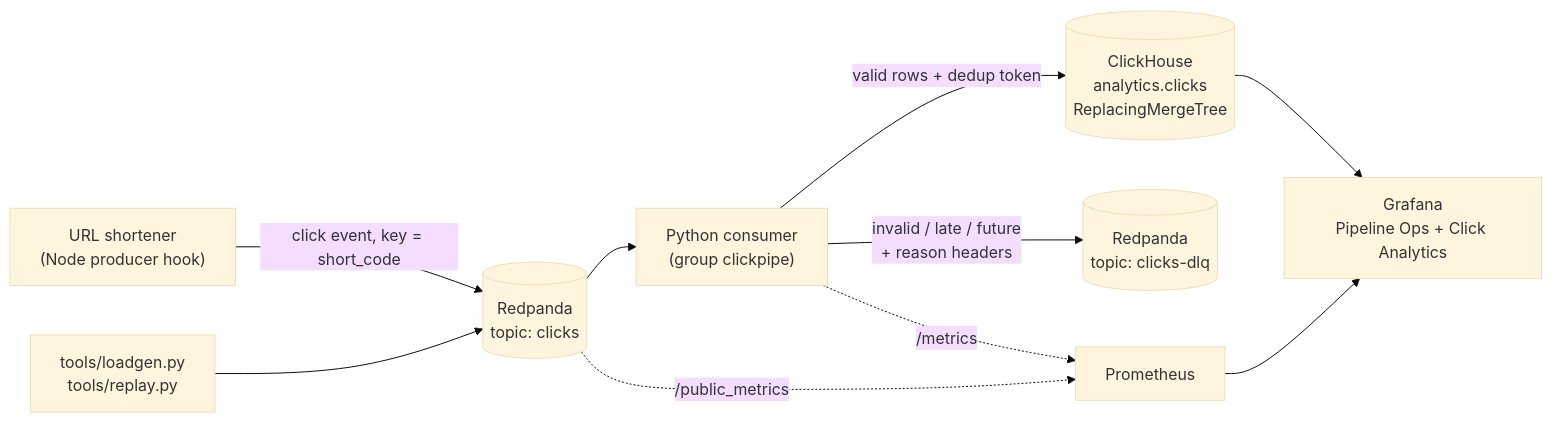
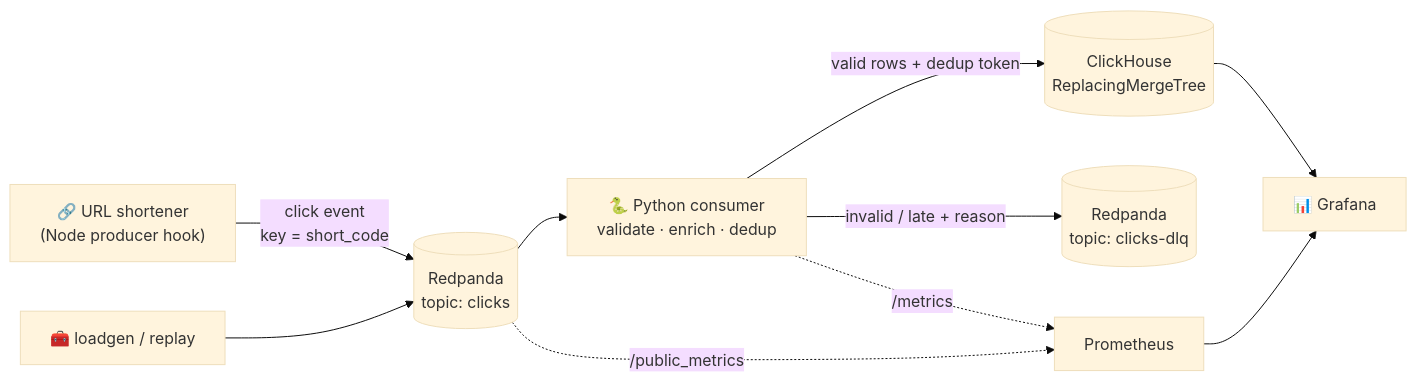
One commit to ARYAN10227/clickstream-pipeline changed the diagram in README.md. Above: the diagram before and after it, drawn with Mermaid (base theme). The commit also changed other lines of this file, not shown here.

````diff
--- a/README.md
+++ b/README.md
@@ -27,12 +69,12 @@
 ```mermaid
 flowchart LR
-    shortener["URL shortener<br/>(Node producer hook)"] -->|"click event, key = short_code"| clicks[("Redpanda<br/>topic: clicks")]
-    loadgen["tools/loadgen.py<br/>tools/replay.py"] --> clicks
-    clicks --> consumer["Python consumer<br/>(group clickpipe)"]
-    consumer -->|"valid rows + dedup token"| ch[("ClickHouse<br/>analytics.clicks<br/>ReplacingMergeTree")]
-    consumer -->|"invalid / late / future<br/>+ reason headers"| dlq[("Redpanda<br/>topic: clicks-dlq")]
+    shortener["🔗 URL shortener<br/>(Node producer hook)"] -->|"click event<br/>key = short_code"| clicks[("Redpanda<br/>topic: clicks")]
+    loadgen["🧰 loadgen / replay"] --> clicks
+    clicks --> consumer["🐍 Python consumer<br/>validate · enrich · dedup"]
+    consumer -->|"valid rows + dedup token"| ch[("ClickHouse<br/>ReplacingMergeTree")]
+    consumer -->|"invalid / late + reason"| dlq[("Redpanda<br/>topic: clicks-dlq")]
     consumer -. "/metrics" .-> prom["Prometheus"]
     clicks -. "/public_metrics" .-> prom
-    prom --> grafana["Grafana<br/>Pipeline Ops + Click Analytics"]
+    prom --> grafana["📊 Grafana"]
     ch --> grafana
 ```
````
